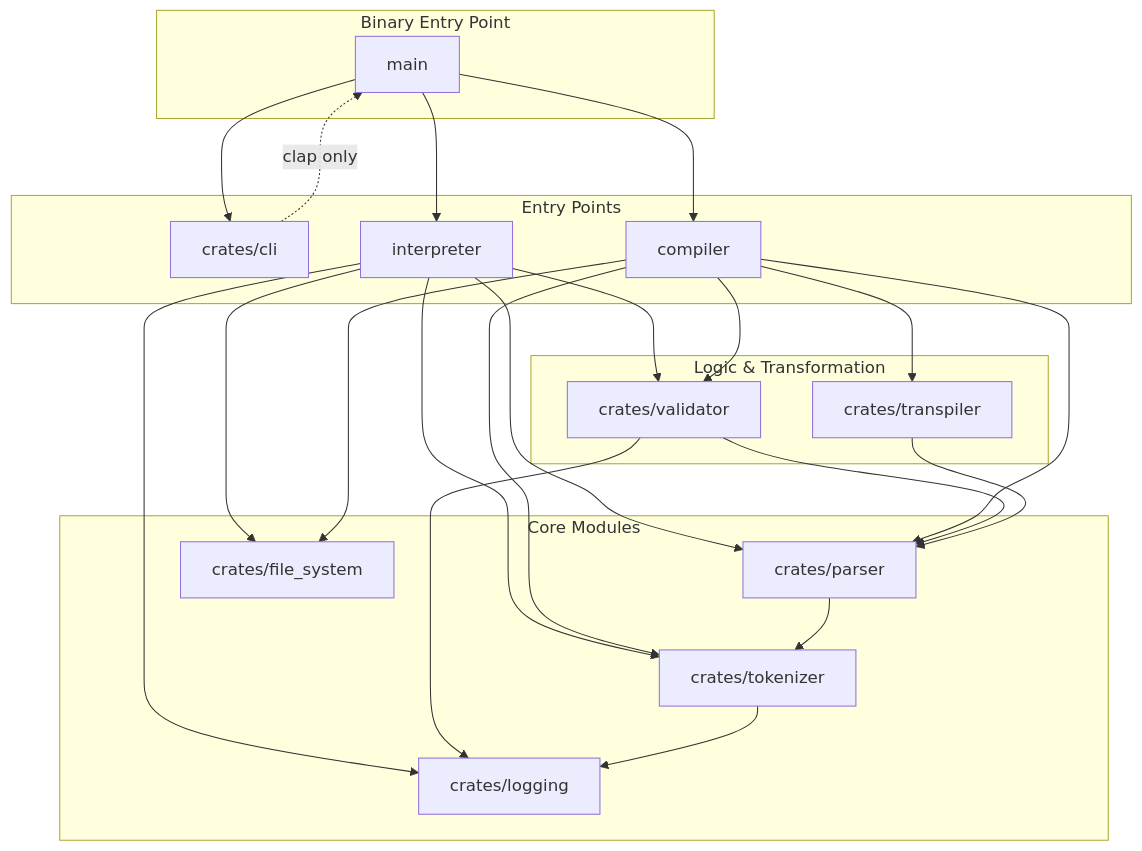
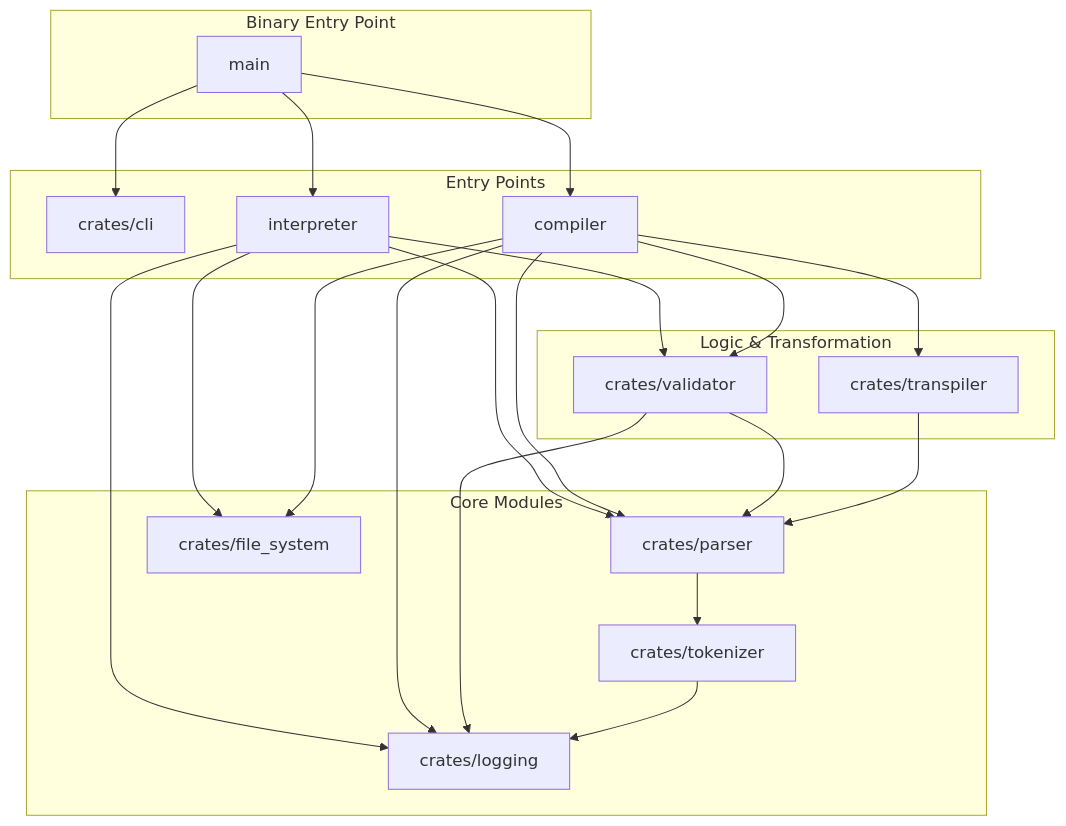
The diagram in CONTRIBUTING.md (AzLangProgramingLanguage/AzLang), drawn with Mermaid before and after one commit. The commit also changed other lines of this file and 10 other files, not shown here.

````diff
--- a/CONTRIBUTING.md
+++ b/CONTRIBUTING.md
@@ -21,49 +23,46 @@
 ```mermaid
 graph TD
     subgraph "Binary Entry Point"
         MAIN[main]
     end
     subgraph "Entry Points"
         CLI[crates/cli]
         INT[interpreter]
         COMP[compiler]
     end
     subgraph "Logic & Transformation"
         VAL[crates/validator]
         TRANS[crates/transpiler]
     end
     subgraph "Core Modules"
         PRS[crates/parser]
         TOK[crates/tokenizer]
         FS[crates/file_system]
         LOG[crates/logging]
     end
+
     %% Main wires everything together
     MAIN --> CLI
     MAIN --> INT
     MAIN --> COMP
 
-    %% CLI only parses args
-    CLI -.->|clap only| MAIN
-
     %% Interpreter Flow
     INT --> PRS
-    INT --> TOK
     INT --> VAL
     INT --> FS
     INT --> LOG
 
     %% Compiler Flow
     COMP --> PRS
-    COMP --> TOK
     COMP --> VAL
     COMP --> TRANS
     COMP --> FS
+    COMP --> LOG
 
     %% Internal Dependencies
     VAL --> PRS
     VAL --> LOG
     TRANS --> PRS
     PRS --> TOK
     TOK --> LOG
 ```
````
